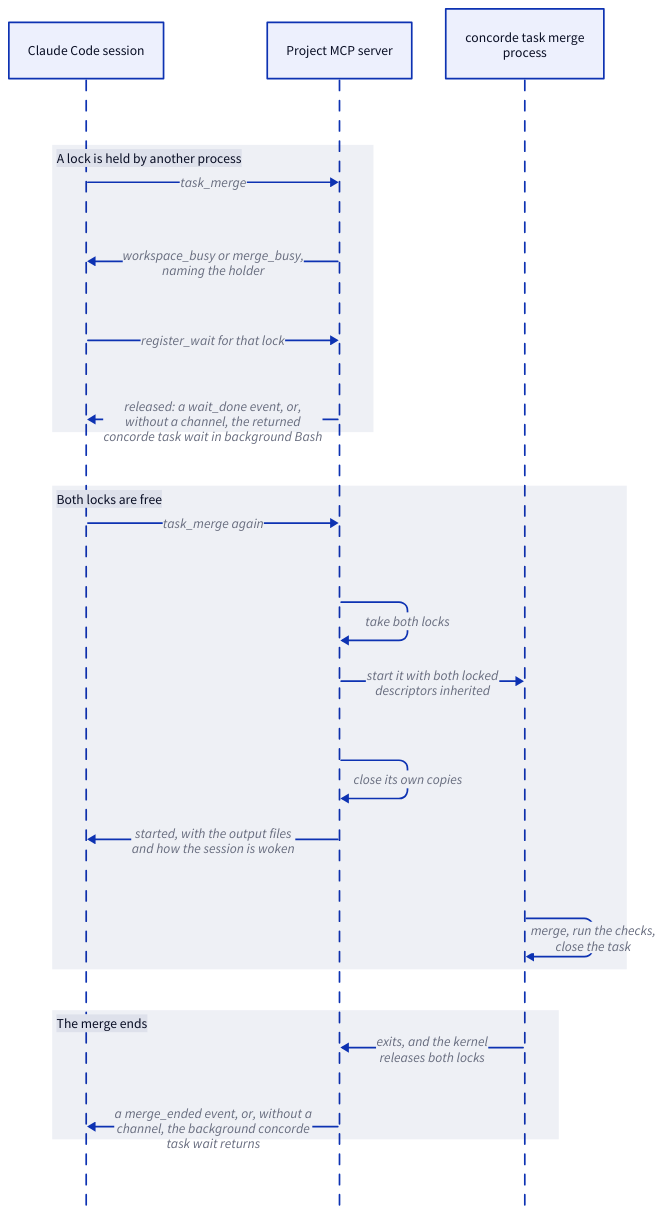
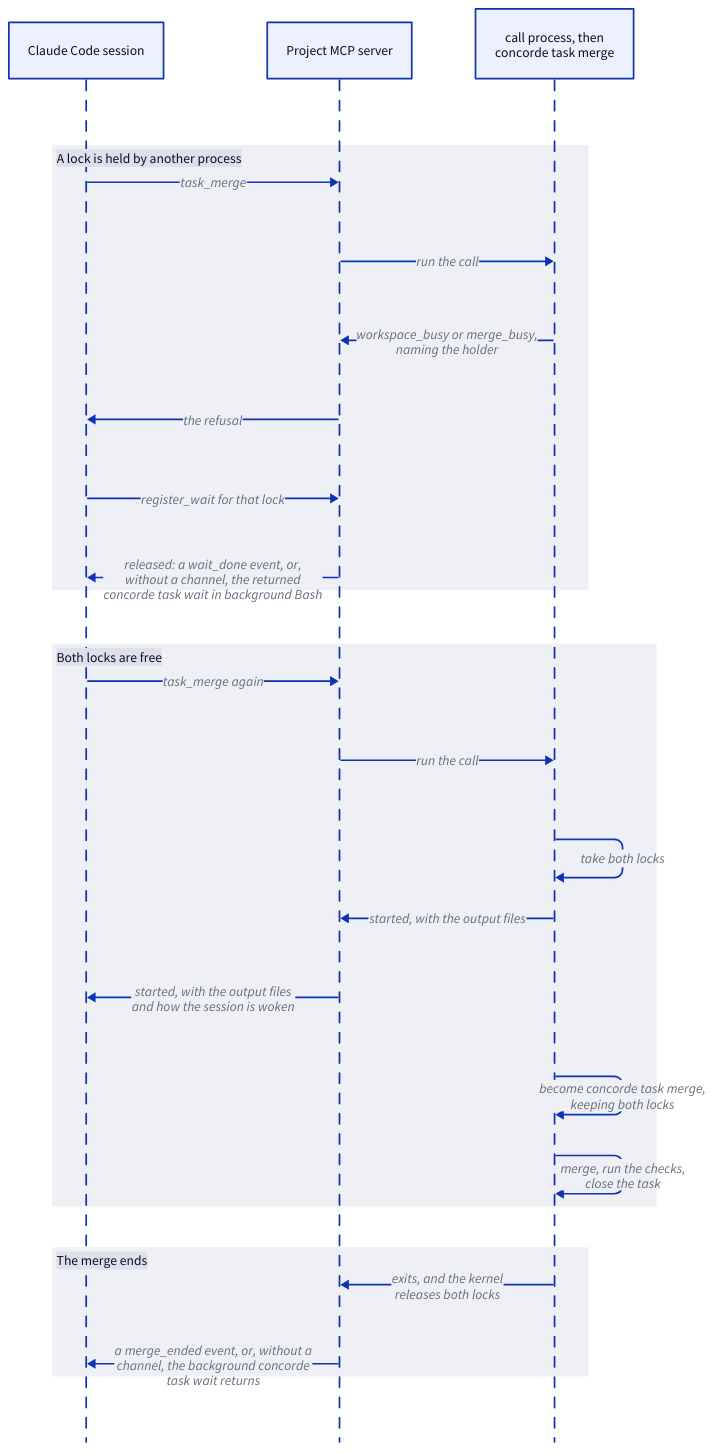
The third of 4 diagrams in specs/concorde/coordination/main-session/module.md (FTOD/concorde), drawn with D2 before and after one commit. The commit also changed other lines of this file and 8 other files, not shown here.

First line of the commit message:
Project MCP server: answer every call with the primary worktree's current Concorde

````diff
--- a/specs/concorde/coordination/main-session/module.md
+++ b/specs/concorde/coordination/main-session/module.md
@@ -513,24 +540,27 @@
 ```d2 illustrative
 shape: sequence_diagram
 session: Claude Code session
 server: Project MCP server
-merge: "concorde task merge\nprocess"
+merge: "call process, then\nconcorde task merge"
 busy: "A lock is held by another process" {
   session -> server: task_merge
-  server -> session: "workspace_busy or merge_busy,\nnaming the holder"
+  server -> merge: "run the call"
+  merge -> server: "workspace_busy or merge_busy,\nnaming the holder"
+  server -> session: "the refusal"
   session -> server: register_wait for that lock
   server -> session: "released: a wait_done event, or,\nwithout a channel, the returned\nconcorde task wait in background Bash"
 }
 granted: "Both locks are free" {
   session -> server: task_merge again
-  server -> server: take both locks
-  server -> merge: "start it with both locked\ndescriptors inherited"
-  server -> server: close its own copies
+  server -> merge: "run the call"
+  merge -> merge: take both locks
+  merge -> server: "started, with the output files"
   server -> session: "started, with the output files\nand how the session is woken"
+  merge -> merge: "become concorde task merge,\nkeeping both locks"
   merge -> merge: "merge, run the checks,\nclose the task"
 }
 ended: "The merge ends" {
   merge -> server: "exits, and the kernel\nreleases both locks"
   server -> session: "a merge_ended event, or, without a\nchannel, the background concorde\ntask wait returns"
 }
 ```
````
